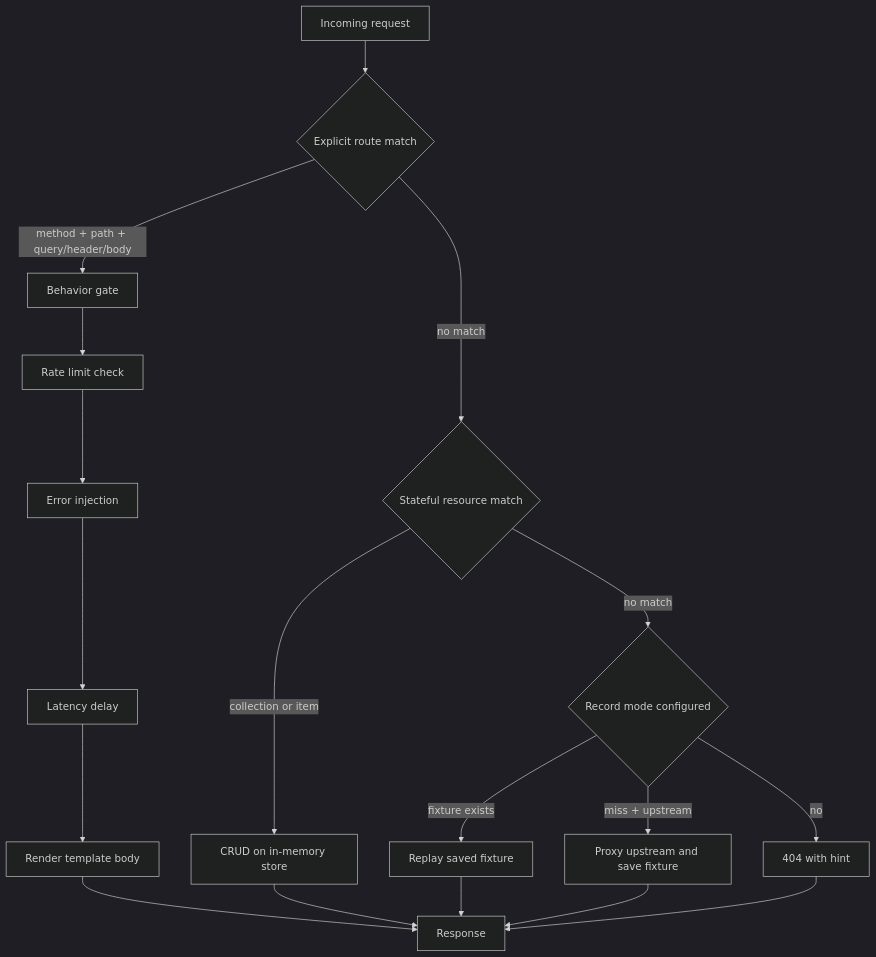
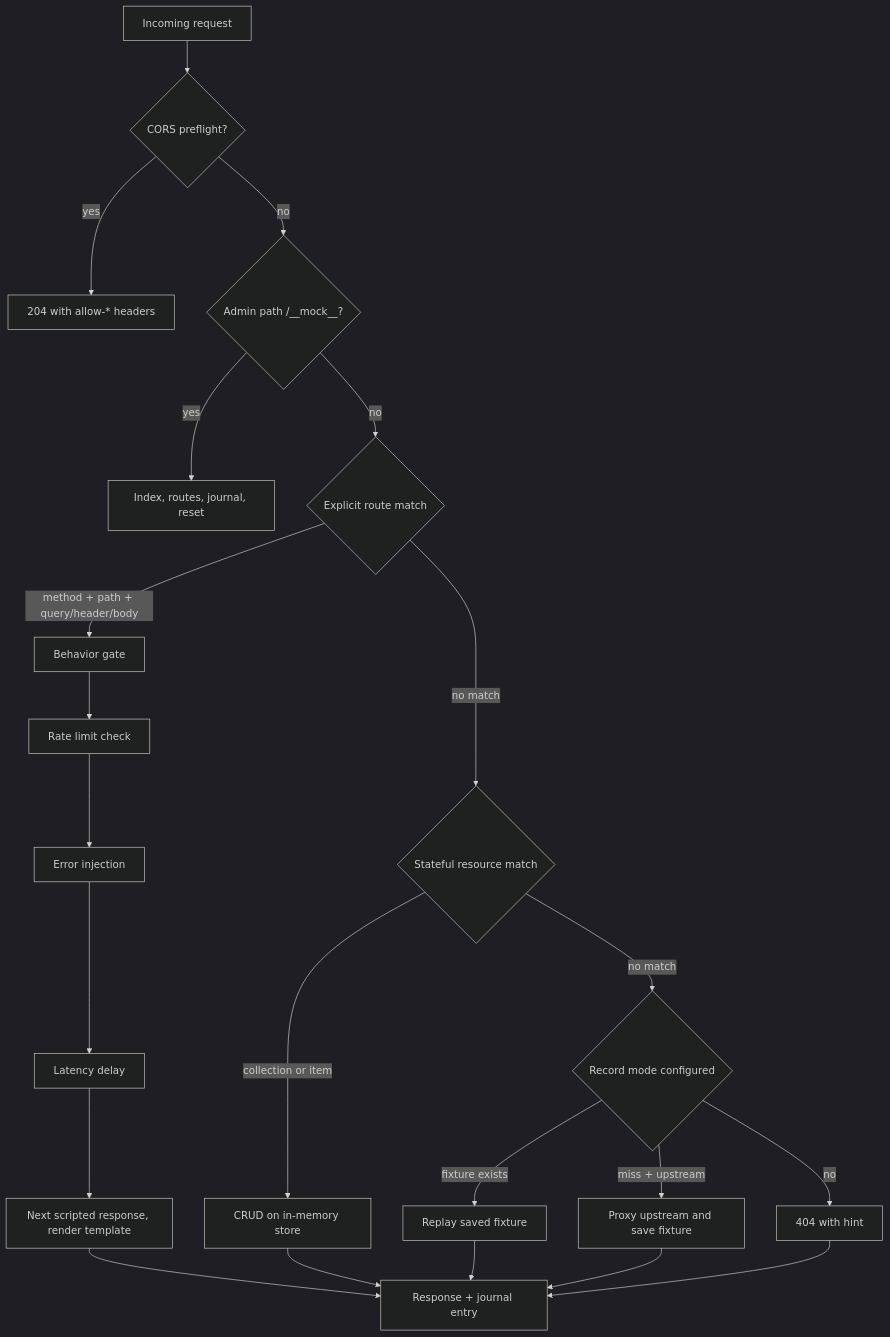
Before and after one commit to AleBrito124356/api-mock-server: the diagram in README.md, drawn with Mermaid (dark theme). The commit also changed other lines of this file and 6 other files, not shown here.

````diff
--- a/README.md
+++ b/README.md
@@ -30,20 +35,24 @@
 ```mermaid
 flowchart TD
-    A[Incoming request] --> B{Explicit route match}
+    A[Incoming request] --> P{CORS preflight?}
+    P -- yes --> P1[204 with allow-* headers]
+    P -- no --> M{Admin path /__mock__?}
+    M -- yes --> M1[Index, routes, journal, reset]
+    M -- no --> B{Explicit route match}
     B -- "method + path + query/header/body" --> C[Behavior gate]
     B -- no match --> D{Stateful resource match}
     C --> C1[Rate limit check]
     C1 --> C2[Error injection]
     C2 --> C3[Latency delay]
-    C3 --> C4[Render template body]
-    C4 --> Z[Response]
+    C3 --> C4[Next scripted response, render template]
+    C4 --> Z[Response + journal entry]
     D -- collection or item --> E[CRUD on in-memory store]
     E --> Z
     D -- no match --> F{Record mode configured}
     F -- fixture exists --> G[Replay saved fixture]
     F -- miss + upstream --> H[Proxy upstream and save fixture]
     F -- no --> I[404 with hint]
     G --> Z
     H --> Z
     I --> Z
 ```
````
